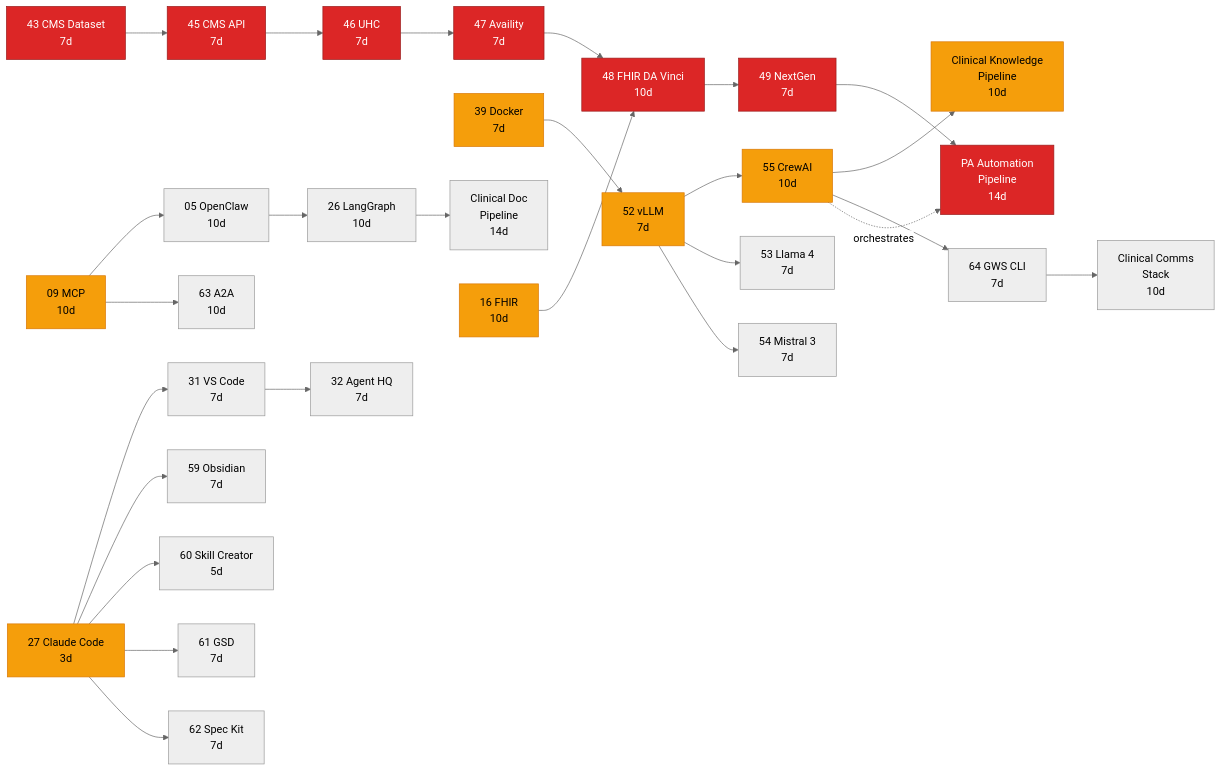
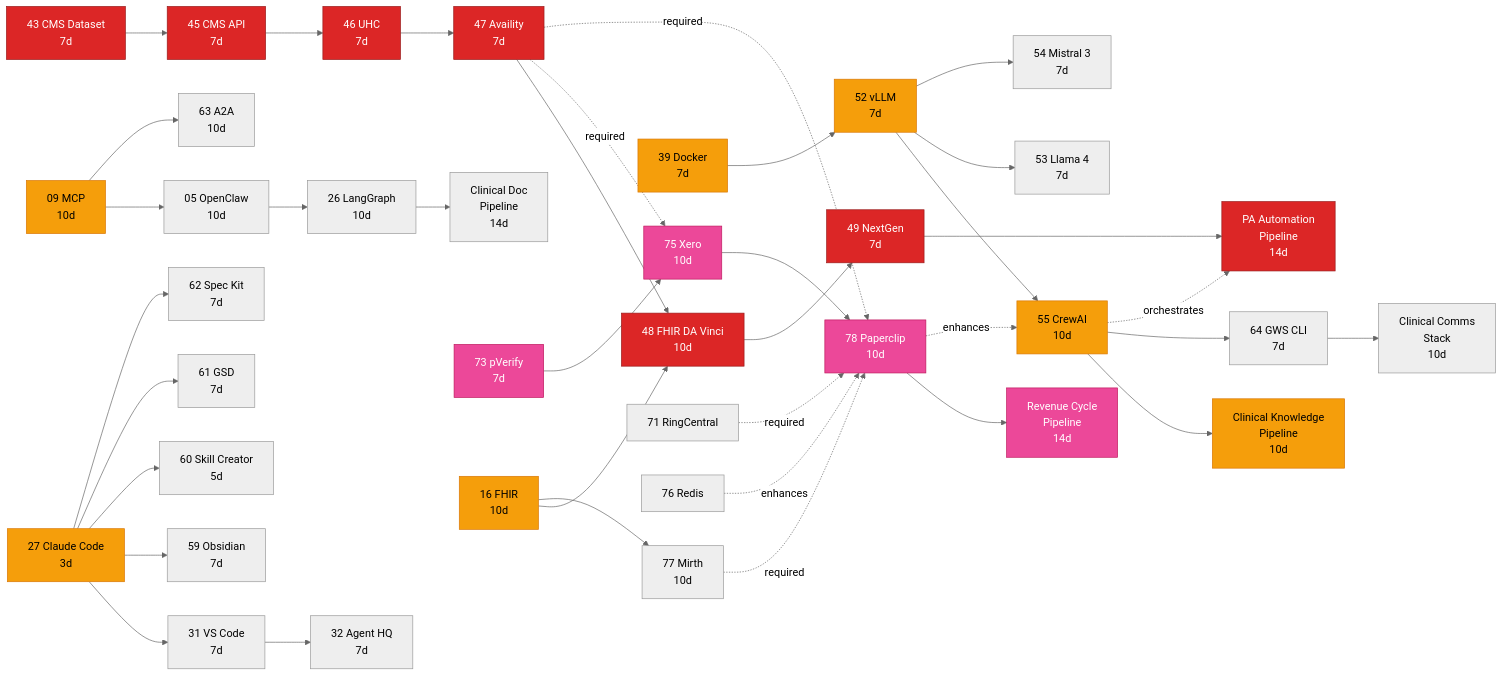
Before and after one commit to ammar-utexas/demo: the fourth of 4 diagrams in docs/experiments/00-Experiment-Interconnection-Roadmap.md, drawn with Mermaid (neutral theme). The commit also changed other lines of this file and 13 other files, not shown here.

First line of the commit message:
Add Paperclip AI experiment docs (Exp 78), update roadmap to v6.0 with experiments 73-78, regenerate all category PNG diagrams

````diff
--- a/docs/experiments/00-Experiment-Interconnection-Roadmap.md
+++ b/docs/experiments/00-Experiment-Interconnection-Roadmap.md
@@ -1066,40 +1228,53 @@
 ```mermaid
 flowchart LR
     %% Path 1: PA Pipeline (longest)
     E43["43 CMS Dataset<br/>7d"]:::critical --> E45["45 CMS API<br/>7d"]:::critical
     E45 --> E46["46 UHC<br/>7d"]:::critical
     E46 --> E47["47 Availity<br/>7d"]:::critical
     E47 --> E48["48 FHIR DA Vinci<br/>10d"]:::critical
     E48 --> E49["49 NextGen<br/>7d"]:::critical
     E49 --> CAP_PA["PA Automation<br/>Pipeline<br/>14d"]:::critical
 
     %% Path 2: AI Model Stack
     E39["39 Docker<br/>7d"]:::bottleneck --> E52["52 vLLM<br/>7d"]:::bottleneck
     E52 --> E55["55 CrewAI<br/>10d"]:::bottleneck
     E55 --> CAP_CK["Clinical Knowledge<br/>Pipeline<br/>10d"]:::bottleneck
     E55 --> E64["64 GWS CLI<br/>7d"]
     E64 --> CAP_CC["Clinical Comms<br/>Stack<br/>10d"]
     E52 --> E53["53 Llama 4<br/>7d"]
     E52 --> E54["54 Mistral 3<br/>7d"]
 
     %% Path 3: Original critical path
     E09["09 MCP<br/>10d"]:::bottleneck --> E05["05 OpenClaw<br/>10d"]
     E05 --> E26["26 LangGraph<br/>10d"]
     E26 --> CAP_CD["Clinical Doc<br/>Pipeline<br/>14d"]
 
     %% Dev tooling path
     E27["27 Claude Code<br/>3d"]:::bottleneck --> E31["31 VS Code<br/>7d"]
     E31 --> E32["32 Agent HQ<br/>7d"]
     E27 --> E59["59 Obsidian<br/>7d"]
     E27 --> E60["60 Skill Creator<br/>5d"]
     E27 --> E61["61 GSD<br/>7d"]
     E27 --> E62["62 Spec Kit<br/>7d"]
     E09 --> E63["63 A2A<br/>10d"]
 
+    %% Path 4: Revenue Cycle + Agent Orchestration
+    E73["73 pVerify<br/>7d"]:::revcycle --> E75["75 Xero<br/>10d"]:::revcycle
+    E75 --> E78["78 Paperclip<br/>10d"]:::revcycle
+    E78 --> CAP_RC["Revenue Cycle<br/>Pipeline<br/>14d"]:::revcycle
+    E77["77 Mirth<br/>10d"] -.->|"required"| E78
+    E71["71 RingCentral"] -.->|"required"| E78
+    E47 -.->|"required"| E75
+    E47 -.->|"required"| E78
+    E76["76 Redis"] -.->|"enhances"| E78
+
     %% Cross-path connections
     E55 -.->|"orchestrates"| CAP_PA
     E16["16 FHIR<br/>10d"]:::bottleneck --> E48
+    E16 --> E77
+    E78 -.->|"enhances"| E55
 
     classDef critical fill:#dc2626,stroke:#991b1b,color:#fff
     classDef bottleneck fill:#f59e0b,stroke:#d97706,color:#000
+    classDef revcycle fill:#ec4899,stroke:#be185d,color:#fff
 ```
````
